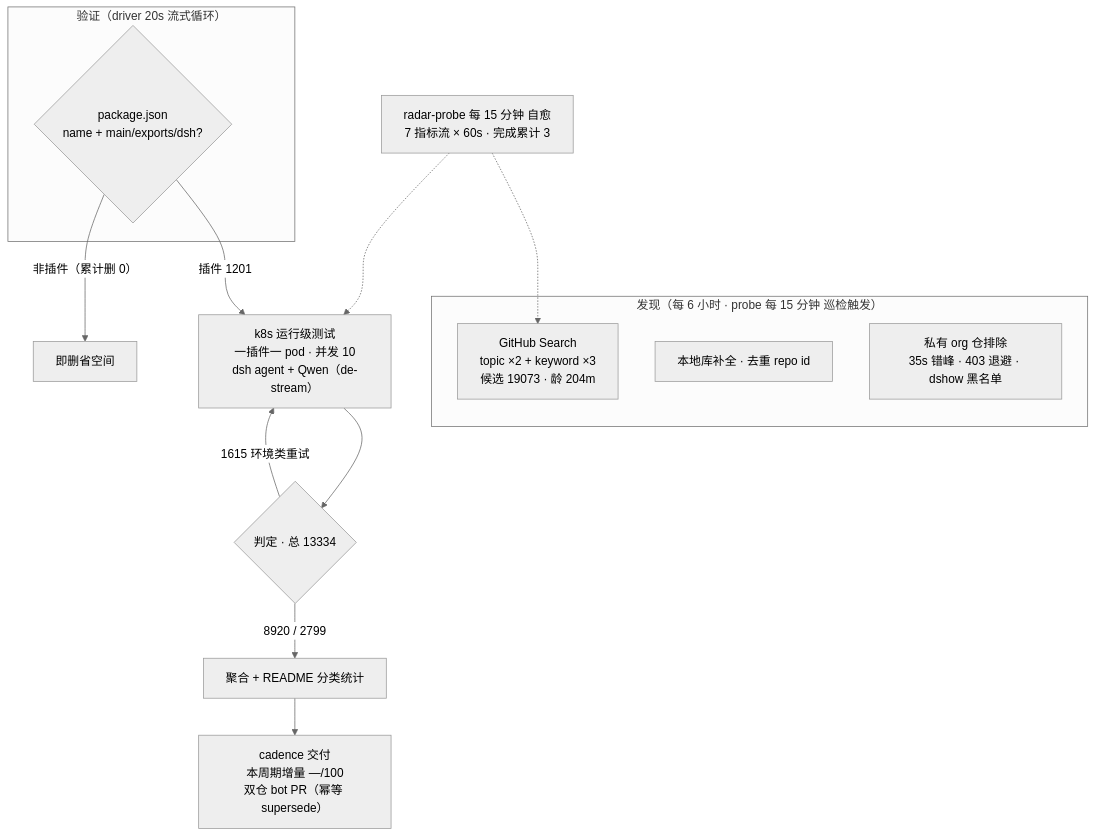
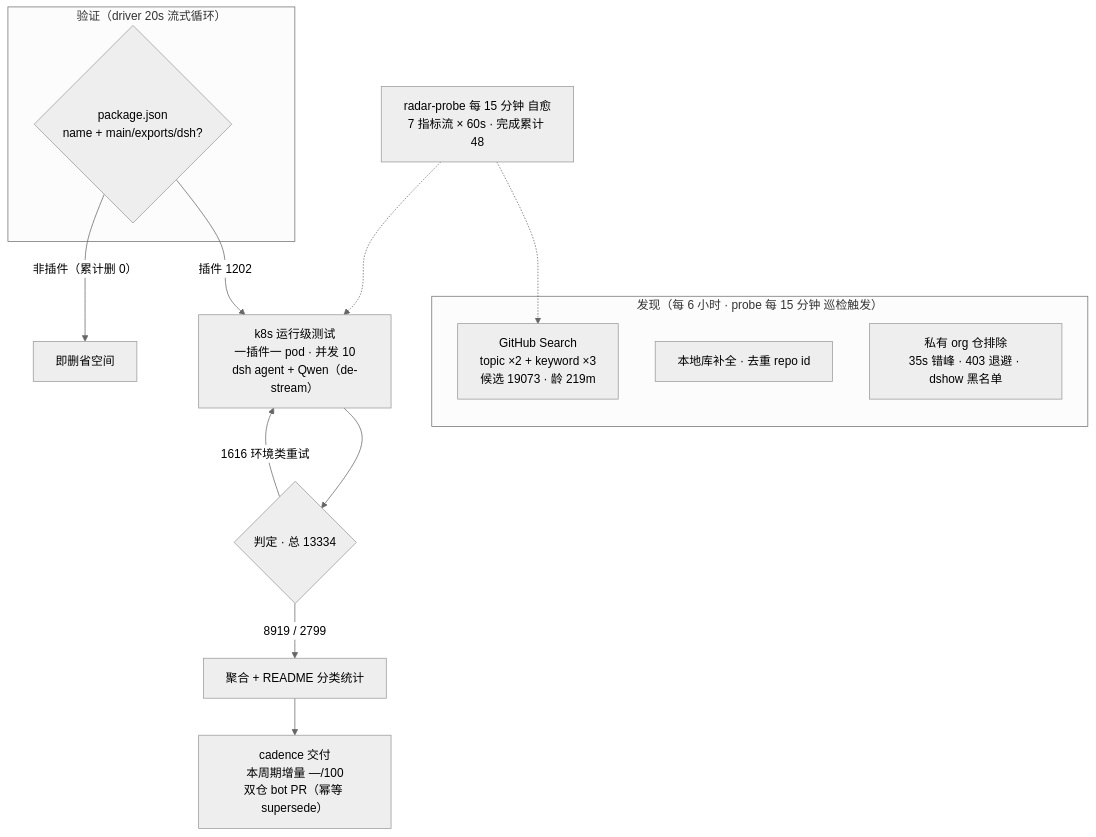
The diagram in README.md (Zhidao-Lab-OSS/awesome-dsh-plugins), drawn with Mermaid (neutral theme) before and after one commit. The commit also changed other lines of this file and 1 other file, not shown here.

````diff
--- a/README.md
+++ b/README.md
@@ -53,20 +54,20 @@
 ```mermaid
 flowchart TB
     subgraph Discovery["发现（每 6 小时 · probe 每 15 分钟 巡检触发）"]
-        A1["GitHub Search<br/>topic ×2 + keyword ×3<br/>候选 19073 · 龄 204m"]
+        A1["GitHub Search<br/>topic ×2 + keyword ×3<br/>候选 19073 · 龄 219m"]
         A2["本地库补全 · 去重 repo id"]
         A3["私有 org 仓排除<br/>35s 错峰 · 403 退避 · dshow 黑名单"]
     end
     subgraph Validation["验证（driver 20s 流式循环）"]
         B1{"package.json<br/>name + main/exports/dsh?"}
     end
-    B1 -->|"插件 1201"| C1["k8s 运行级测试<br/>一插件一 pod · 并发 10<br/>dsh agent + Qwen（de-stream）"]
+    B1 -->|"插件 1202"| C1["k8s 运行级测试<br/>一插件一 pod · 并发 10<br/>dsh agent + Qwen（de-stream）"]
     B1 -->|"非插件（累计删 0）"| B3["即删省空间"]
     C1 --> D1{"判定 · 总 13334"}
-    D1 -->|"8920 / 2799"| E1["聚合 + README 分类统计"]
-    D1 -->|"1615 环境类重试"| C1
+    D1 -->|"8919 / 2799"| E1["聚合 + README 分类统计"]
+    D1 -->|"1616 环境类重试"| C1
     E1 --> E2["cadence 交付<br/>本周期增量 —/100<br/>双仓 bot PR（幂等 supersede）"]
-    M["radar-probe 每 15 分钟 自愈<br/>7 指标流 × 60s · 完成累计 3"]
+    M["radar-probe 每 15 分钟 自愈<br/>7 指标流 × 60s · 完成累计 48"]
     M -.-> A1
     M -.-> C1
 ```
````
